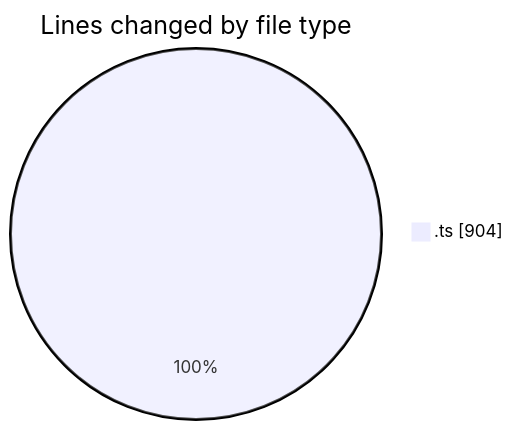
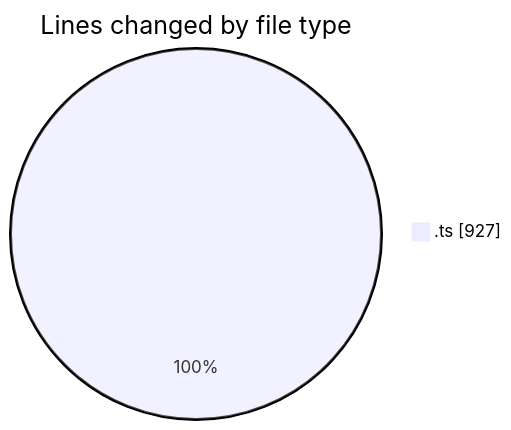
Before and after one commit to momahboobian/code-tracking: the first of 2 diagrams in 2025-08-07/cda/README.md, drawn with Mermaid. The commit also changed other lines of this file and 1 other file, not shown here.

````diff
--- a/2025-08-07/cda/README.md
+++ b/2025-08-07/cda/README.md
@@ -21,5 +21,5 @@
 ```mermaid
 pie showData
 title Lines changed by file type
-".ts" : 904
+".ts" : 927
 ```
````
